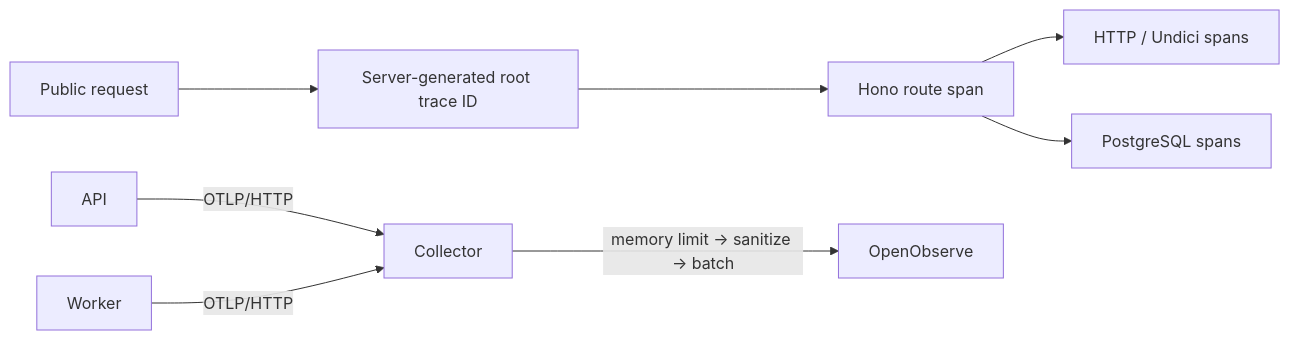
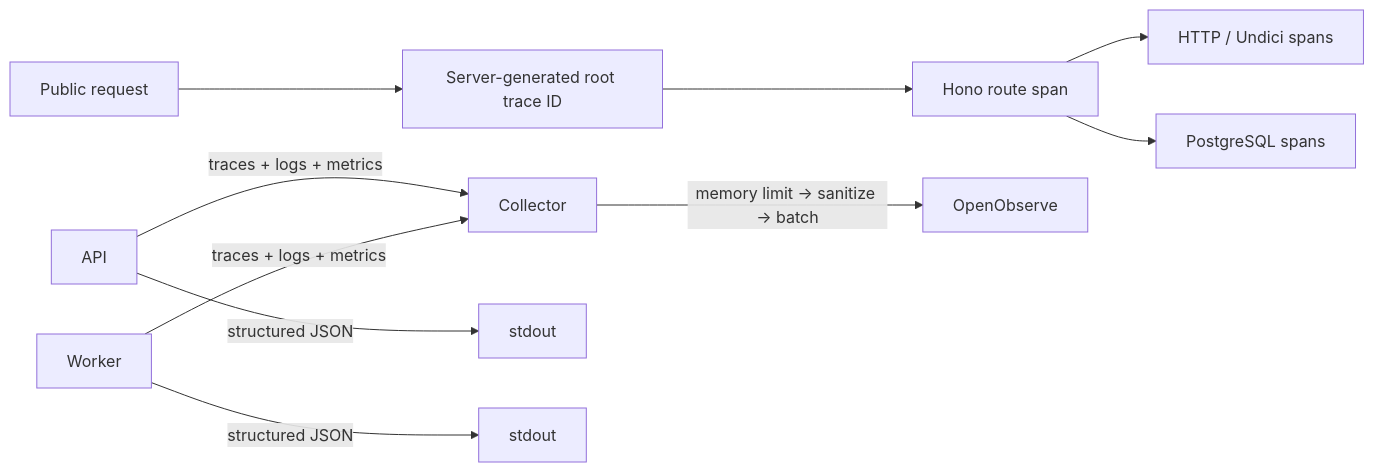
The second of 2 diagrams in docs/arch/architecture.md (cnodejs/cnode-next), drawn with Mermaid before and after one commit. The commit also changed other lines of this file and 41 other files, not shown here.

Commit message:
feat(api): add logs and metrics telemetry

````diff
--- a/docs/arch/architecture.md
+++ b/docs/arch/architecture.md
@@ -37,10 +37,12 @@
 ```mermaid
 flowchart LR
   Public[Public request] --> Root[Server-generated root trace ID]
   Root --> Hono[Hono route span]
   Hono --> HTTP[HTTP / Undici spans]
   Hono --> PG[PostgreSQL spans]
-  API[API] -->|OTLP/HTTP| Collector[Collector]
-  Worker[Worker] -->|OTLP/HTTP| Collector
+  API[API] -->|traces + logs + metrics| Collector[Collector]
+  Worker[Worker] -->|traces + logs + metrics| Collector
+  API -->|structured JSON| APIOut[stdout]
+  Worker -->|structured JSON| WorkerOut[stdout]
   Collector -->|memory limit → sanitize → batch| OpenObserve[OpenObserve]
 ```
````
